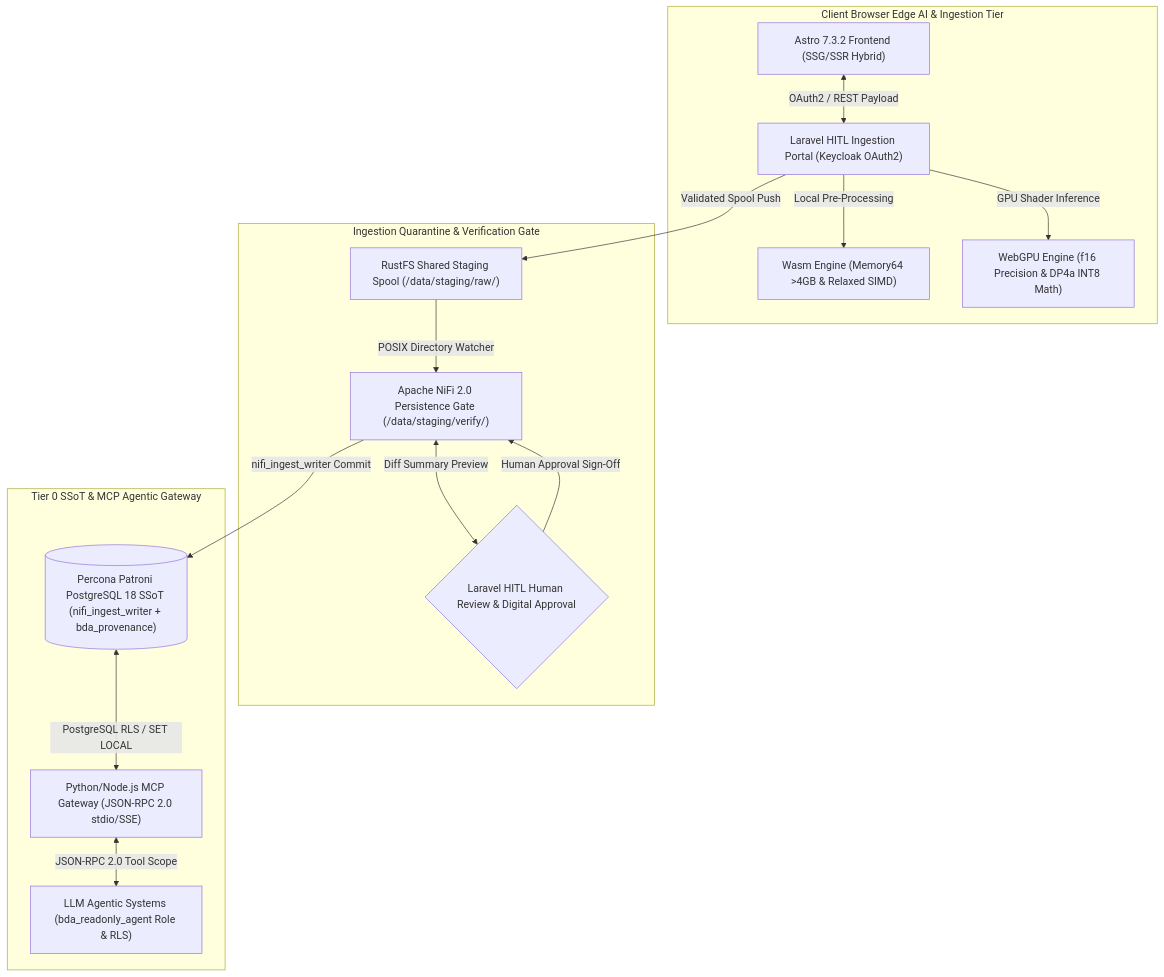
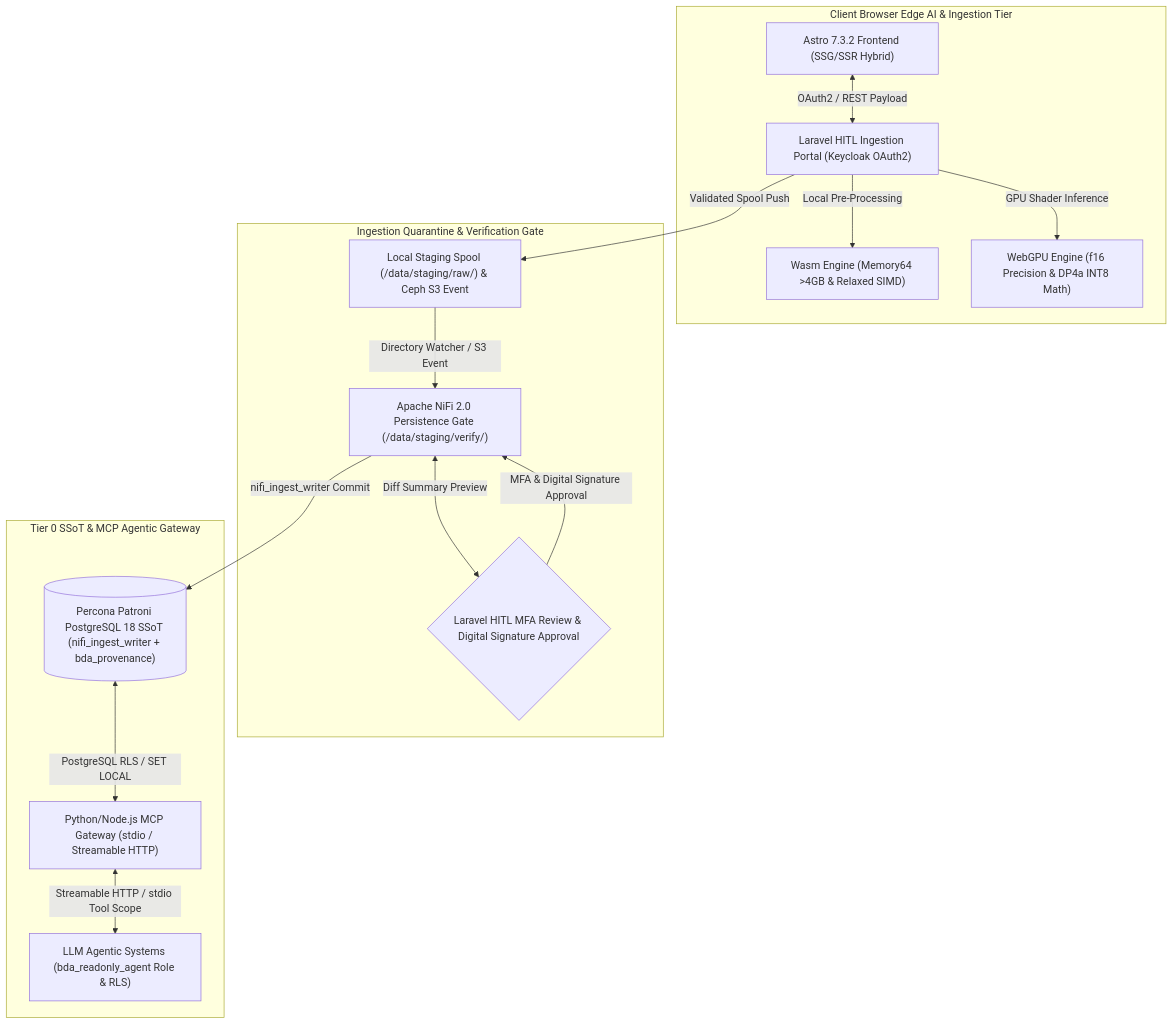
Before and after one commit to linuxmalaysia/bda-ai-infra: the second of 3 diagrams in docs/IT-MANAGEMENT-PROPOSAL.md, drawn with Mermaid. The commit also changed other lines of this file, not shown here.

First line of the commit message:
docs: refine proposal per code review feedback

````diff
--- a/docs/IT-MANAGEMENT-PROPOSAL.md
+++ b/docs/IT-MANAGEMENT-PROPOSAL.md
@@ -587,32 +587,32 @@
 ```mermaid
 flowchart TD
     subgraph PLE_ClientEdge ["Client Browser Edge AI & Ingestion Tier"]
         PLE_Astro["Astro 7.3.2 Frontend (SSG/SSR Hybrid)"]
         PLE_Laravel["Laravel HITL Ingestion Portal (Keycloak OAuth2)"]
         PLE_Wasm["Wasm Engine (Memory64 >4GB & Relaxed SIMD)"]
         PLE_WebGPU["WebGPU Engine (f16 Precision & DP4a INT8 Math)"]
     end
 
     subgraph PLE_QuarantineGate ["Ingestion Quarantine & Verification Gate"]
-        PLE_RustFS["RustFS Shared Staging Spool (/data/staging/raw/)"]
+        PLE_RustFS["Local Staging Spool (/data/staging/raw/) & Ceph S3 Event"]
         PLE_NiFiGate["Apache NiFi 2.0 Persistence Gate (/data/staging/verify/)"]
-        PLE_HumanReview{"Laravel HITL Human Review & Digital Approval"}
+        PLE_HumanReview{"Laravel HITL MFA Review & Digital Signature Approval"}
     end
 
     subgraph PLE_PersistenceMCP ["Tier 0 SSoT & MCP Agentic Gateway"]
         PLE_Postgres[("Percona Patroni PostgreSQL 18 SSoT (nifi_ingest_writer + bda_provenance)")]
-        PLE_MCPGateway["Python/Node.js MCP Gateway (JSON-RPC 2.0 stdio/SSE)"]
+        PLE_MCPGateway["Python/Node.js MCP Gateway (stdio / Streamable HTTP)"]
         PLE_LLMAgents["LLM Agentic Systems (bda_readonly_agent Role & RLS)"]
     end
 
     PLE_Astro <-->|"OAuth2 / REST Payload"| PLE_Laravel
     PLE_Laravel -->|"Local Pre-Processing"| PLE_Wasm
     PLE_Laravel -->|"GPU Shader Inference"| PLE_WebGPU
     PLE_Laravel -->|"Validated Spool Push"| PLE_RustFS
-    PLE_RustFS -->|"POSIX Directory Watcher"| PLE_NiFiGate
+    PLE_RustFS -->|"Directory Watcher / S3 Event"| PLE_NiFiGate
     PLE_NiFiGate <-->|"Diff Summary Preview"| PLE_HumanReview
-    PLE_HumanReview -->|"Human Approval Sign-Off"| PLE_NiFiGate
+    PLE_HumanReview -->|"MFA & Digital Signature Approval"| PLE_NiFiGate
     PLE_NiFiGate -->|"nifi_ingest_writer Commit"| PLE_Postgres
     PLE_Postgres <-->|"PostgreSQL RLS / SET LOCAL"| PLE_MCPGateway
-    PLE_MCPGateway <-->|"JSON-RPC 2.0 Tool Scope"| PLE_LLMAgents
+    PLE_MCPGateway <-->|"Streamable HTTP / stdio Tool Scope"| PLE_LLMAgents
 ```
````
